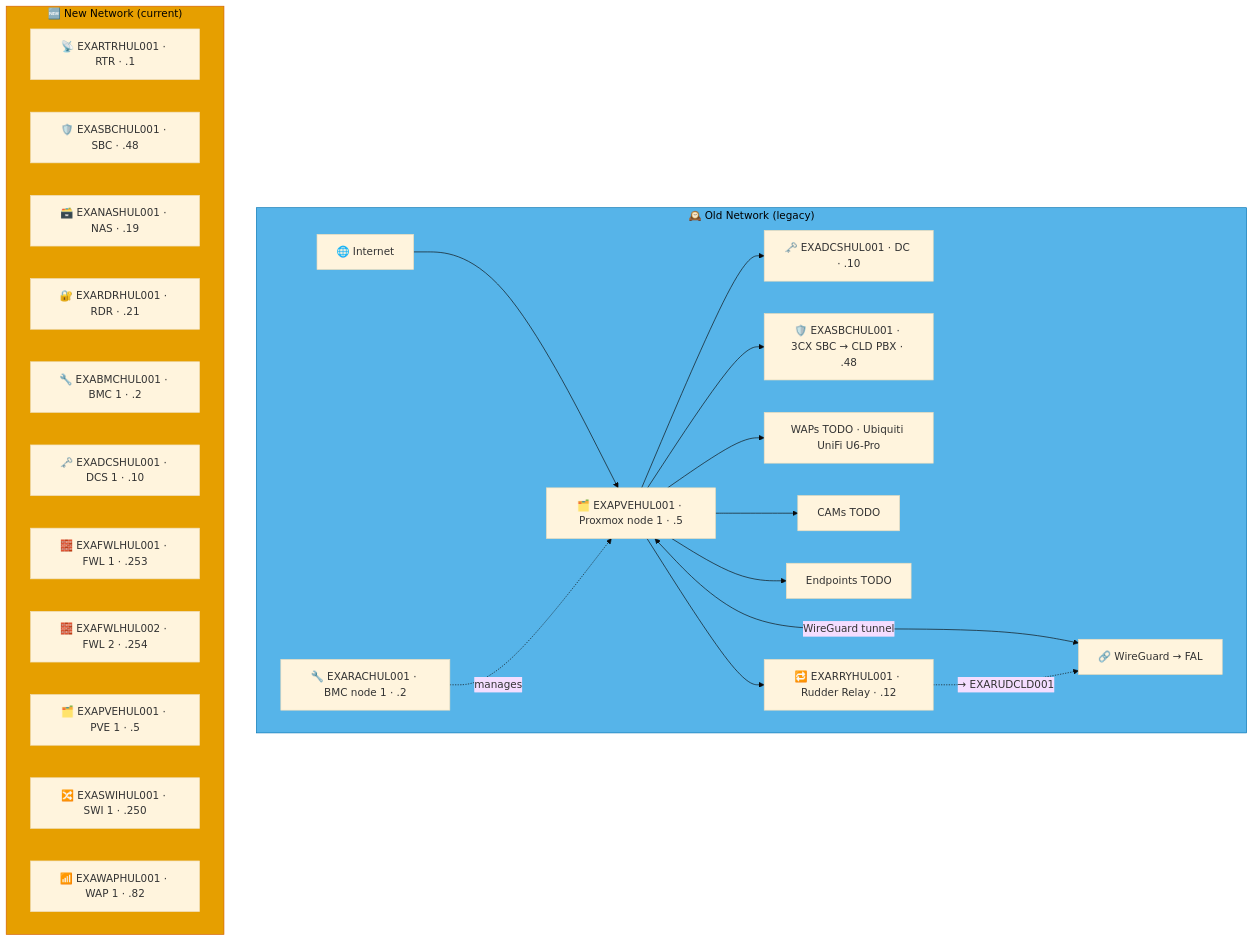
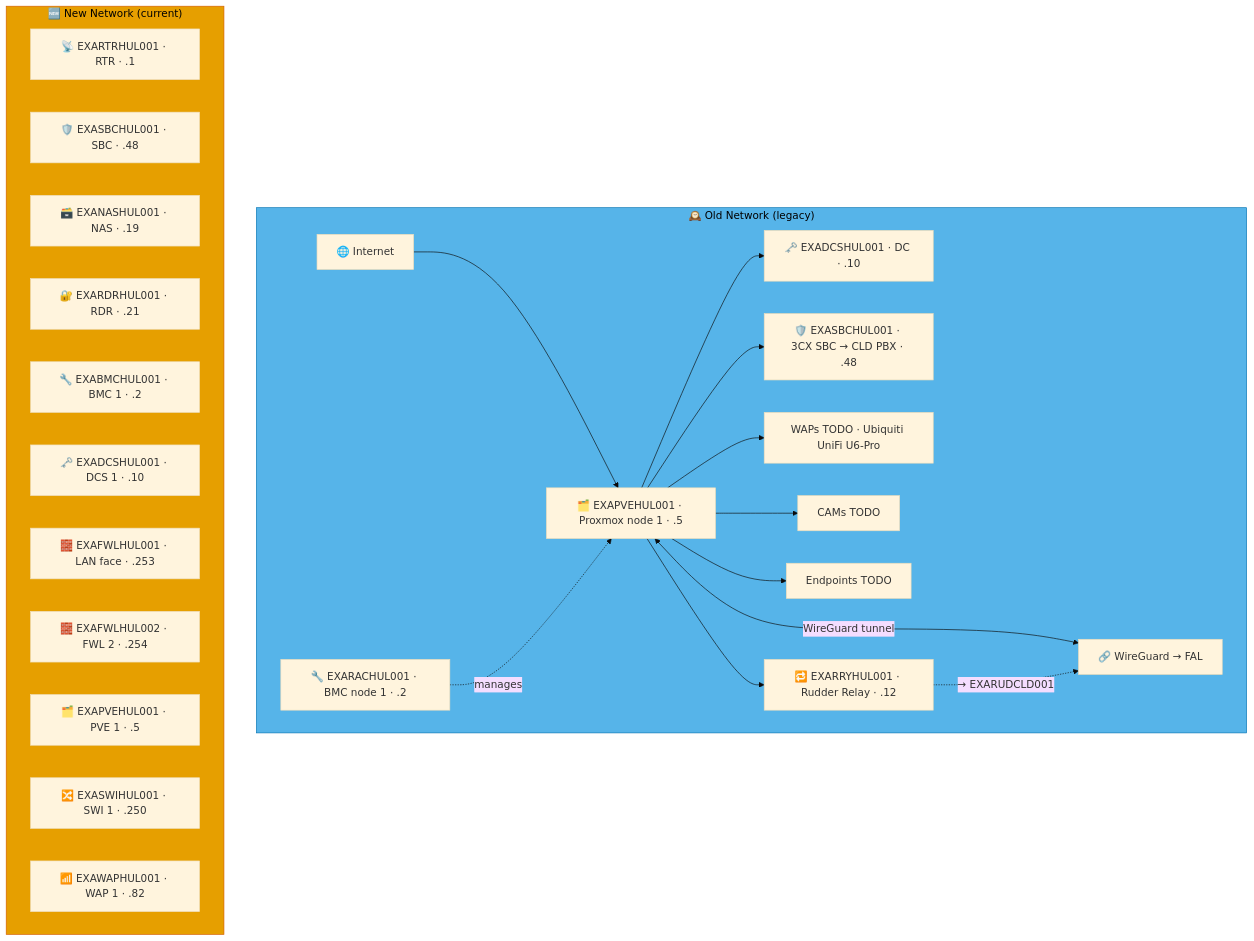
One commit to knightmare2600/example_music_infra changed the eighth of 9 diagrams in docs/network-diagram/england.md. Above: the diagram before and after it, drawn with Mermaid (base theme). The commit also changed other lines of this file and 17 other files, not shown here.

````diff
--- a/docs/network-diagram/england.md
+++ b/docs/network-diagram/england.md
@@ -430,40 +430,40 @@
 ```mermaid
 graph TD
     subgraph OLD_HUL ["🕰️ Old Network (legacy)"]
       INET["🌐 Internet"]
       RAC["🔧 EXARACHUL001 · BMC node 1 · .2"]
       PVE["🗂️ EXAPVEHUL001 · Proxmox node 1 · .5"]
       DC["🗝️ EXADCSHUL001 · DC · .10"]
       SBC["🛡️ EXASBCHUL001 · 3CX SBC → CLD PBX · .48"]
       RRY["🔁 EXARRYHUL001 · Rudder Relay · .12"]
       WAP["WAPs TODO · Ubiquiti UniFi U6-Pro"]
       CAM["CAMs TODO"]
       EP["Endpoints TODO"]
       VPN["🔗 WireGuard → FAL"]
 
       INET --> PVE --> DC & SBC
       RAC -.->|"manages"| PVE
       PVE --> WAP & CAM & EP
       PVE <-->|"WireGuard tunnel"| VPN
 
       PVE --> RRY
       RRY -. "→ EXARUDCLD001" .-> VPN
     end
     style OLD_HUL fill:#56B4E9,stroke:#0072B2,color:#000000
     %% GENERATED:NEW-NETWORK:HUL:START
     subgraph NEW_HUL ["🆕 New Network (current)"]
       N_RTR["📡 EXARTRHUL001 · RTR · .1"]
       N_SBC["🛡️ EXASBCHUL001 · SBC · .48"]
       N_NAS["🗃️ EXANASHUL001 · NAS · .19"]
       N_RDR["🔐 EXARDRHUL001 · RDR · .21"]
       N_BMC["🔧 EXABMCHUL001 · BMC 1 · .2"]
       N_DCS["🗝️ EXADCSHUL001 · DCS 1 · .10"]
-      N_FWL["🧱 EXAFWLHUL001 · FWL 1 · .253"]
+      N_FWL["🧱 EXAFWLHUL001 · LAN face · .253"]
       N_FWL2["🧱 EXAFWLHUL002 · FWL 2 · .254"]
       N_PVE["🗂️ EXAPVEHUL001 · PVE 1 · .5"]
       N_SWI["🔀 EXASWIHUL001 · SWI 1 · .250"]
       N_WAP["📶 EXAWAPHUL001 · WAP 1 · .82"]
     end
     style NEW_HUL fill:#E69F00,stroke:#D55E00,color:#000000
     %% GENERATED:NEW-NETWORK:HUL:END
 ```
````
